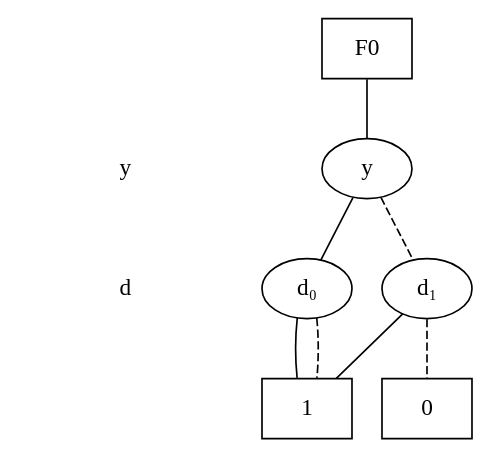
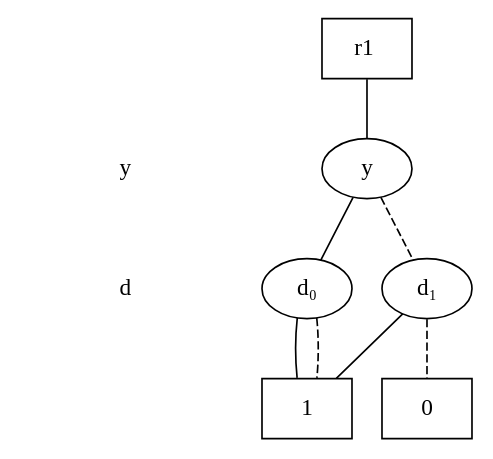
Before and after one commit to NathanNator/ECE6745_Final_Project: the diagram in zdd_plots/r1_zdd.dot, drawn with Graphviz. The commit also changed 12 other files, not shown here.

```diff
--- a/zdd_plots/r1_zdd.dot
+++ b/zdd_plots/r1_zdd.dot
@@ -1,33 +1,33 @@
 digraph "ZDD" {
 size = "7.5,10"
 center = true;
 edge [dir = none];
 { node [shape = plaintext];
   edge [style = invis];
   "CONST NODES" [style = invis];
 " y " -> " d " -> "CONST NODES"; 
 }
 { rank = same; node [shape = box]; edge [style = invis];
-"F0"; }
+"  r1  "; }
 { rank = same; " y ";
 "y";
 }
 { rank = same; " d ";
 "d₀";
 "d₁";
 }
 { rank = same; "CONST NODES";
-{ node [shape = box]; "0x626";
-"0x625";
+{ node [shape = box]; "0xa6";
+"0xa5";
 }
 }
-"F0" -> "y" [style = solid];
+"  r1  " -> "y" [style = solid];
 "y" -> "d₀";
 "y" -> "d₁" [style = dashed];
-"d₀" -> "0x625";
-"d₀" -> "0x625" [style = dashed];
-"d₁" -> "0x625";
-"d₁" -> "0x626" [style = dashed];
-"0x626" [label = "0"];
-"0x625" [label = "1"];
+"d₀" -> "0xa5";
+"d₀" -> "0xa5" [style = dashed];
+"d₁" -> "0xa5";
+"d₁" -> "0xa6" [style = dashed];
+"0xa6" [label = "0"];
+"0xa5" [label = "1"];
 }
```
